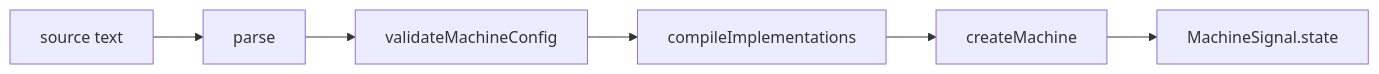
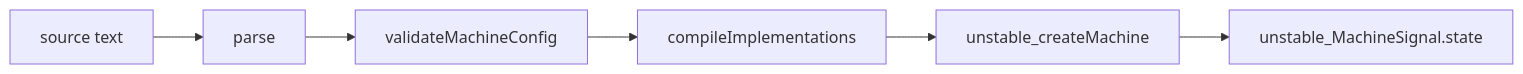
One commit to fozy-labs/statechart changed the diagram in packages/viz/README.md. Above: the diagram before and after it, drawn with Mermaid. The commit also changed other lines of this file and 16 other files, not shown here.

````diff
--- a/packages/viz/README.md
+++ b/packages/viz/README.md
@@ -68,11 +68,11 @@
 ```mermaid
 flowchart LR
     SRC["source text"]
     P["parse"]
     V["validateMachineConfig"]
     C["compileImplementations"]
-    M["createMachine"]
-    S["MachineSignal.state"]
+    M["unstable_createMachine"]
+    S["unstable_MachineSignal.state"]
 
     SRC --> P --> V --> C --> M --> S
 ```
````
